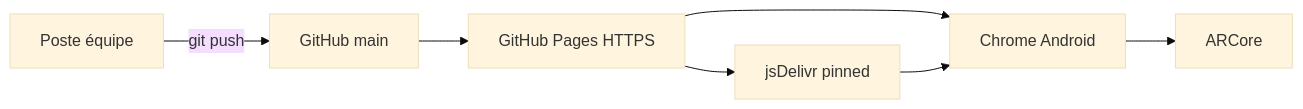
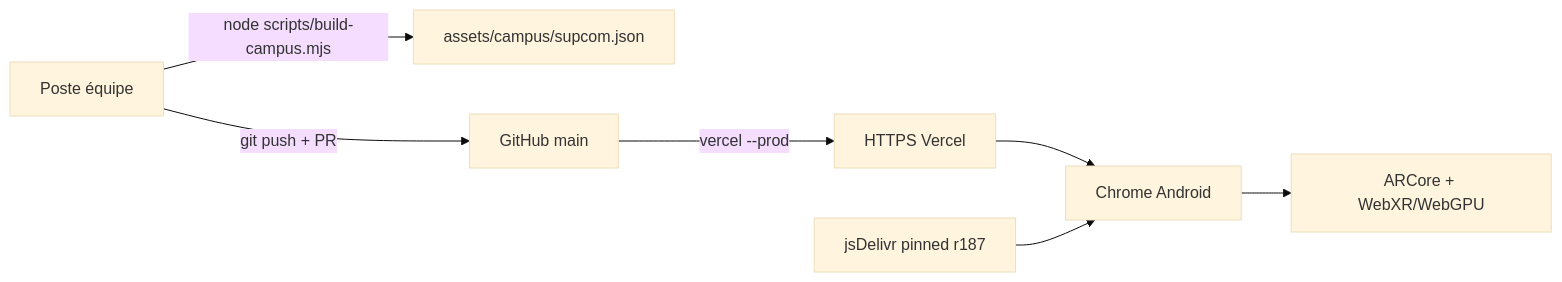
One commit to yessinomhiri-cpu/indoor-wayfinder changed the fifth of 5 diagrams in docs/design-notebook.md. Above: the diagram before and after it, drawn with Mermaid (base theme). The commit also changed other lines of this file and 59 other files, not shown here.

First line of the commit message:
feat: real SUP'COM campus in WebGPU, multi-floor routes, compass, GPS (v3.0.0)

````diff
--- a/docs/design-notebook.md
+++ b/docs/design-notebook.md
@@ -141,9 +194,9 @@
 ```mermaid
 flowchart LR
-    DEV[Poste équipe] -->|git push| GH[GitHub main]
-    GH --> PAGES[GitHub Pages HTTPS]
-    PAGES --> PHONE[Chrome Android]
-    PHONE --> ARCore[ARCore]
-    PAGES --> CDN[jsDelivr pinned]
-    CDN --> PHONE
+    DEV[Poste équipe] -->|node scripts/build-campus.mjs| DATA[assets/campus/supcom.json]
+    DEV -->|git push + PR| GH[GitHub main]
+    GH -->|vercel --prod| HOST[HTTPS Vercel]
+    HOST --> PHONE[Chrome Android]
+    PHONE --> ARCore[ARCore + WebXR/WebGPU]
+    CDN[jsDelivr pinned r187] --> PHONE
 ```
````
